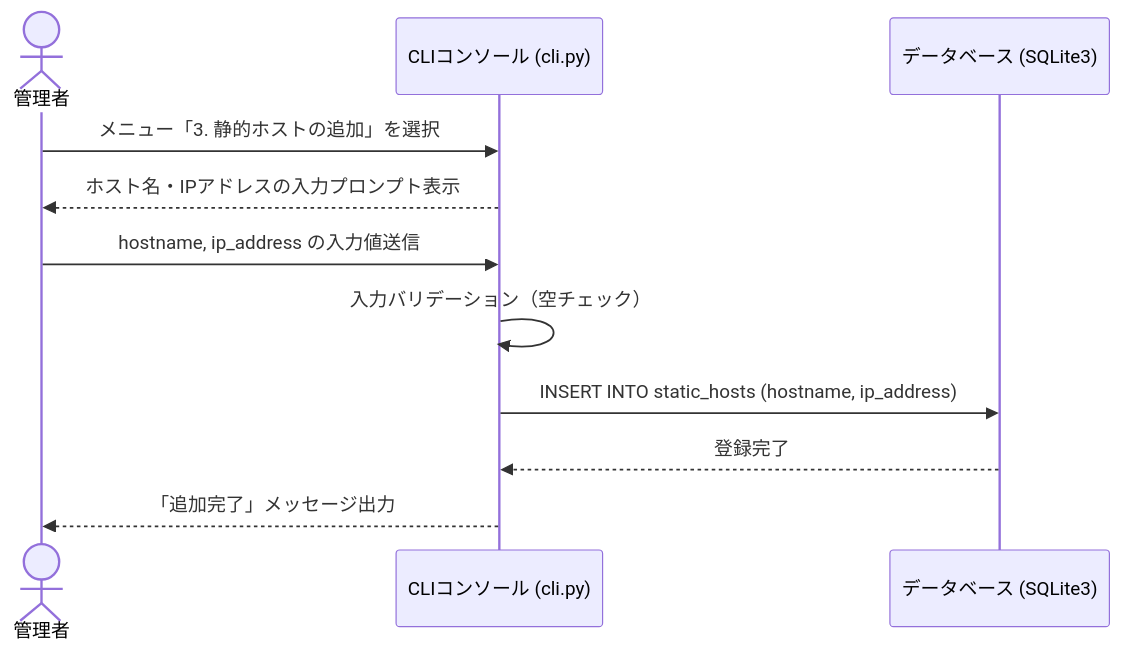
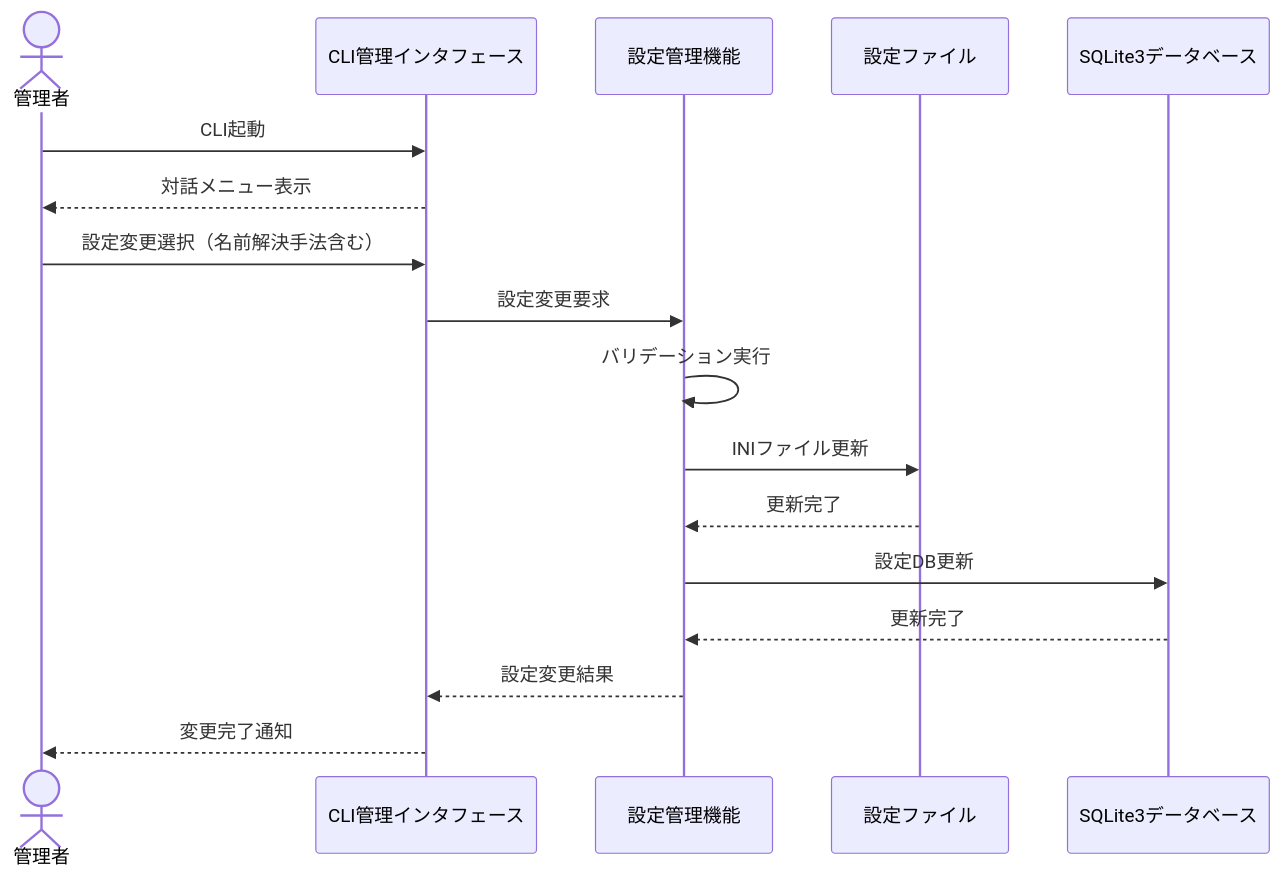
The seventh of 10 diagrams in specs/4_詳細設計/4.3_シーケンス図.md (hiro-gj/mdns_team_proxy), drawn with Mermaid before and after one commit. The commit also changed other lines of this file and 12 other files, not shown here.

````diff
--- a/specs/4_詳細設計/4.3_シーケンス図.md
+++ b/specs/4_詳細設計/4.3_シーケンス図.md
@@ -147,13 +245,19 @@
 ```mermaid
 sequenceDiagram
     actor admin as 管理者
-    participant cli as CLIコンソール (cli.py)
-    participant db as データベース (SQLite3)
-    admin->>cli: メニュー「3. 静的ホストの追加」を選択
-    cli-->>admin: ホスト名・IPアドレスの入力プロンプト表示
-    admin->>cli: hostname, ip_address の入力値送信
-    cli->>cli: 入力バリデーション（空チェック）
-    cli->>db: INSERT INTO static_hosts (hostname, ip_address)
-    db-->>cli: 登録完了
-    cli-->>admin: 「追加完了」メッセージ出力
+    participant cli as CLI管理インタフェース
+    participant config_mgr as 設定管理機能
+    participant config_files as 設定ファイル
+    participant sqlite_db as SQLite3データベース
+    admin->>cli: CLI起動
+    cli-->>admin: 対話メニュー表示
+    admin->>cli: 設定変更選択（名前解決手法含む）
+    cli->>config_mgr: 設定変更要求
+    config_mgr->>config_mgr: バリデーション実行
+    config_mgr->>config_files: INIファイル更新
+    config_files-->>config_mgr: 更新完了
+    config_mgr->>sqlite_db: 設定DB更新
+    sqlite_db-->>config_mgr: 更新完了
+    config_mgr-->>cli: 設定変更結果
+    cli-->>admin: 変更完了通知
 ```
````
